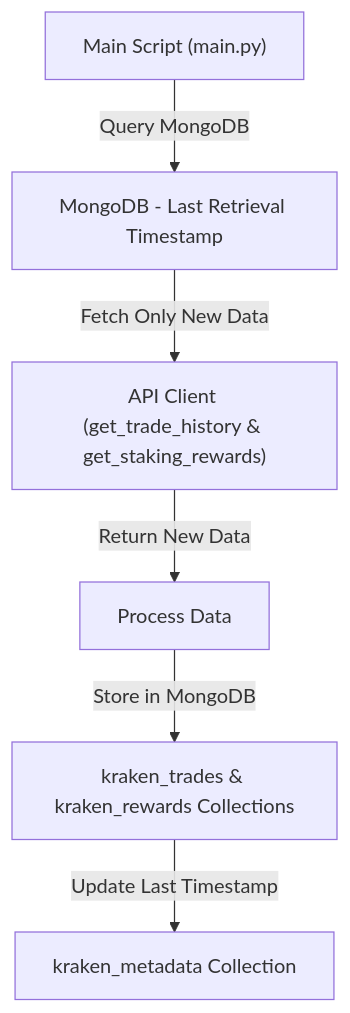
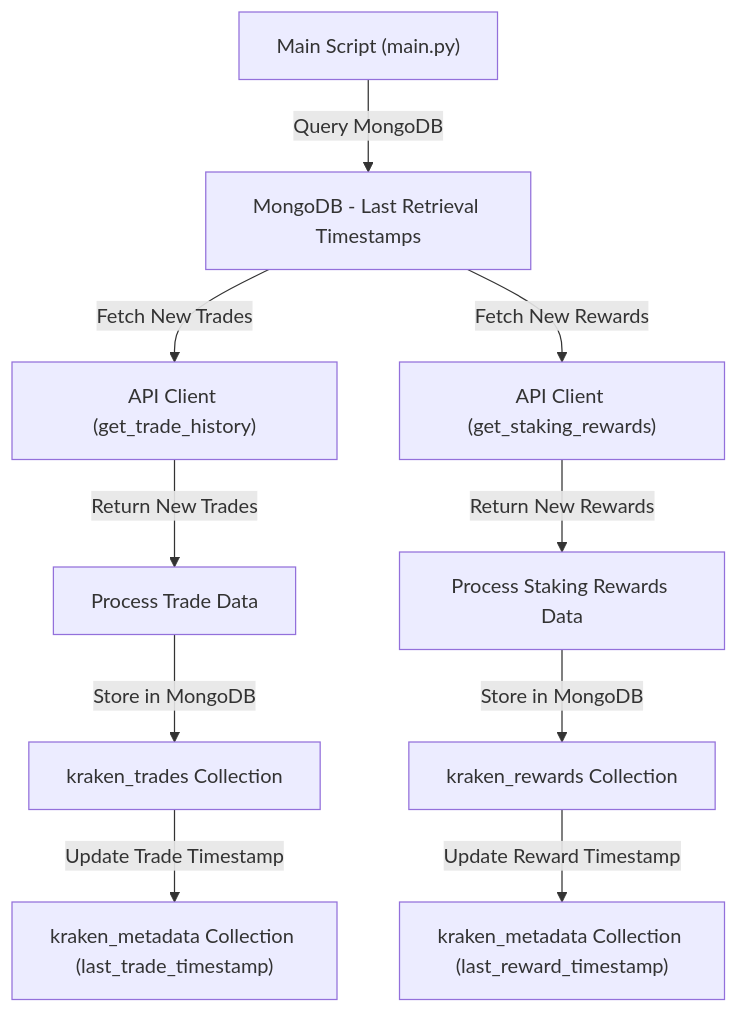
The first of 2 diagrams in DESIGN/MONGODB-INTEGRATION.md (OttawaCloudConsulting/kraken-trading), drawn with Mermaid before and after one commit. The commit also changed other lines of this file, not shown here.

Commit message:
design - clarify handling timestamps

````diff
--- a/DESIGN/MONGODB-INTEGRATION.md
+++ b/DESIGN/MONGODB-INTEGRATION.md
@@ -20,8 +20,12 @@
 ```mermaid
 graph TD;
-    A["Main Script (main.py)"] -->|Query MongoDB| B["MongoDB - Last Retrieval Timestamp"];
-    B -->|Fetch Only New Data| C["API Client (get_trade_history & get_staking_rewards)"];
-    C -->|Return New Data| D["Process Data"];
-    D -->|Store in MongoDB| E["kraken_trades & kraken_rewards Collections"];
-    E -->|Update Last Timestamp| F["kraken_metadata Collection"];
+    A["Main Script (main.py)"] -->|Query MongoDB| B["MongoDB - Last Retrieval Timestamps"];
+    B -->|Fetch New Trades| C["API Client (get_trade_history)"];
+    B -->|Fetch New Rewards| D["API Client (get_staking_rewards)"];
+    C -->|Return New Trades| E["Process Trade Data"];
+    D -->|Return New Rewards| F["Process Staking Rewards Data"];
+    E -->|Store in MongoDB| G["kraken_trades Collection"];
+    F -->|Store in MongoDB| H["kraken_rewards Collection"];
+    G -->|Update Trade Timestamp| I["kraken_metadata Collection (last_trade_timestamp)"];
+    H -->|Update Reward Timestamp| J["kraken_metadata Collection (last_reward_timestamp)"];
 ```
````
